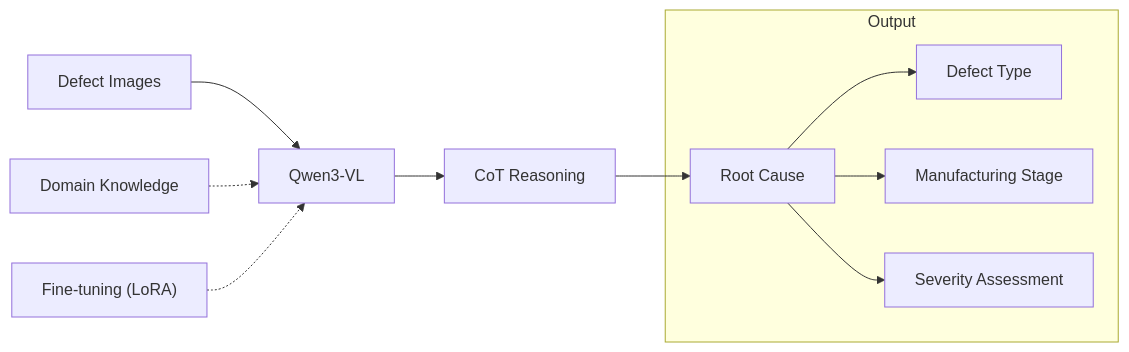
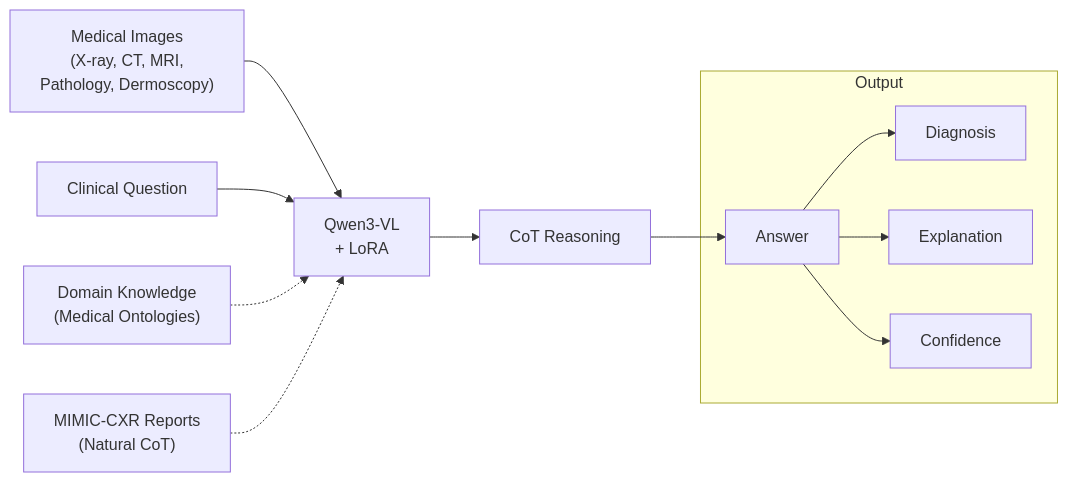
Before and after one commit to Shengan01/Visual-Chain-of-Thought: the first of 3 diagrams in PROJECT_PLAN.md, drawn with Mermaid. The commit also changed other lines of this file and 7 other files, not shown here.

````diff
--- a/PROJECT_PLAN.md
+++ b/PROJECT_PLAN.md
@@ -11,15 +11,16 @@
 ```mermaid
 flowchart LR
-    A["Defect Images"] --> B["Qwen3-VL"]
-    B --> C["CoT Reasoning"]
-    C --> D["Root Cause"]
+    A["Medical Images\n(X-ray, CT, MRI,\nPathology, Dermoscopy)"] --> B["Qwen3-VL\n+ LoRA"]
+    C["Clinical Question"] --> B
+    B --> D["CoT Reasoning"]
+    D --> E["Answer"]
     
-    E["Domain Knowledge"] -.-> B
-    F["Fine-tuning (LoRA)"] -.-> B
+    F["Domain Knowledge\n(Medical Ontologies)"] -.-> B
+    G["MIMIC-CXR Reports\n(Natural CoT)"] -.-> B
     
     subgraph Output
-        D --> G["Defect Type"]
-        D --> H["Manufacturing Stage"]
-        D --> I["Severity Assessment"]
+        E --> H["Diagnosis"]
+        E --> I["Explanation"]
+        E --> J["Confidence"]
     end
 ```
````
